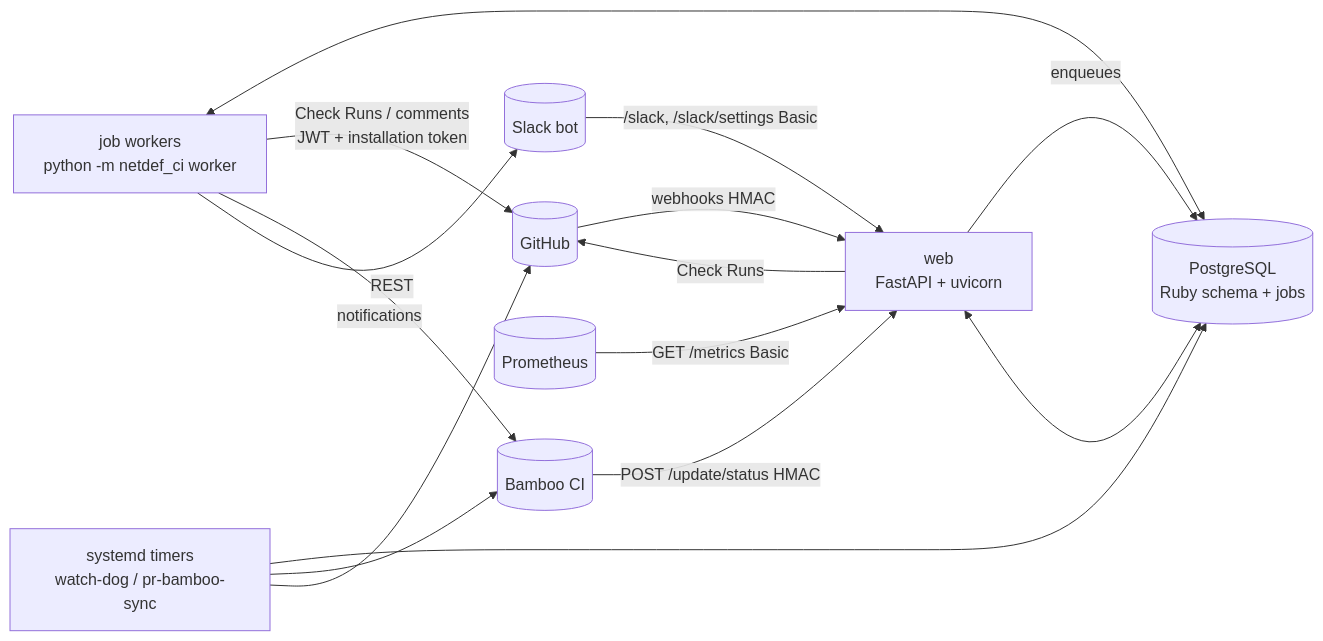
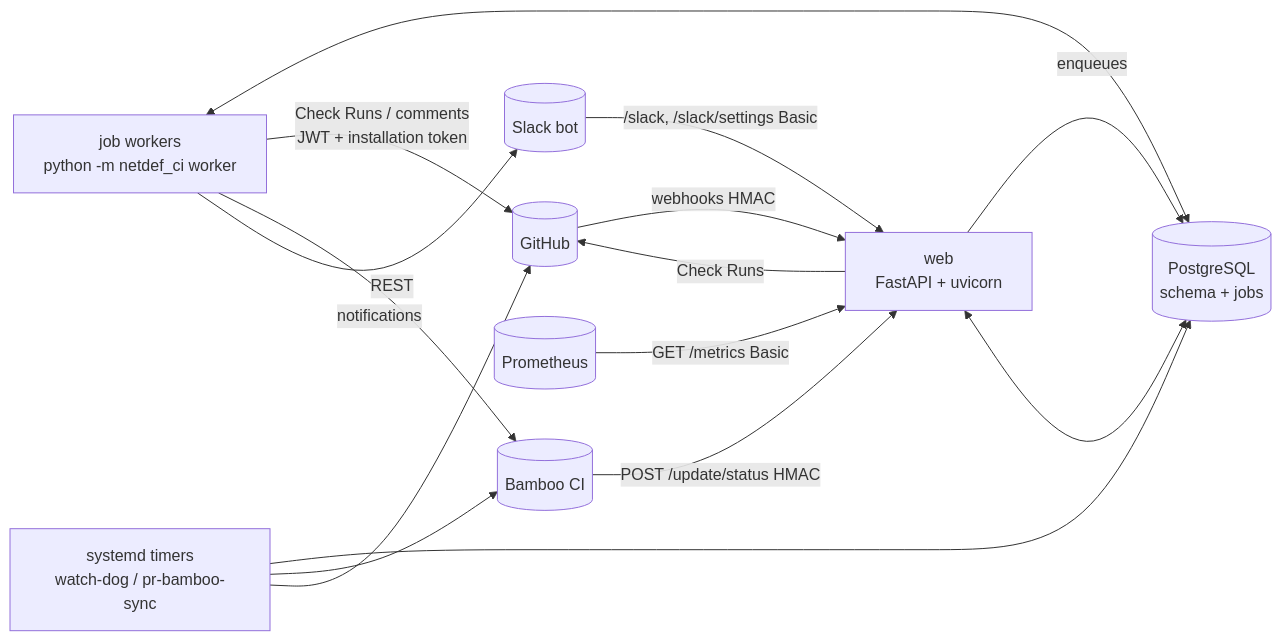
The first of 5 diagrams in doc/01-overview.md (FRRouting/netdef-ci-github-app), drawn with Mermaid before and after one commit. The commit also changed other lines of this file and 9 other files, not shown here.

````diff
--- a/doc/01-overview.md
+++ b/doc/01-overview.md
@@ -20,17 +18,17 @@
 ```mermaid
 flowchart LR
     GH[(GitHub)] -- webhooks HMAC --> WEB[web<br/>FastAPI + uvicorn]
     BAM[(Bamboo CI)] -- POST /update/status HMAC --> WEB
     SL[(Slack bot)] -- /slack, /slack/settings Basic --> WEB
     PROM[(Prometheus)] -- GET /metrics Basic --> WEB
-    WEB -- enqueues --> DB[(PostgreSQL<br/>Ruby schema + jobs)]
+    WEB -- enqueues --> DB[(PostgreSQL<br/>schema + jobs)]
     W[job workers<br/>python -m netdef_ci worker] <--> DB
     WEB <--> DB
     W -- Check Runs / comments<br/>JWT + installation token --> GH
     WEB -- Check Runs --> GH
     W -- REST --> BAM
     W -- notifications --> SL
     T[systemd timers<br/>watch-dog / pr-bamboo-sync] --> DB
     T --> BAM
     T --> GH
 ```
````
